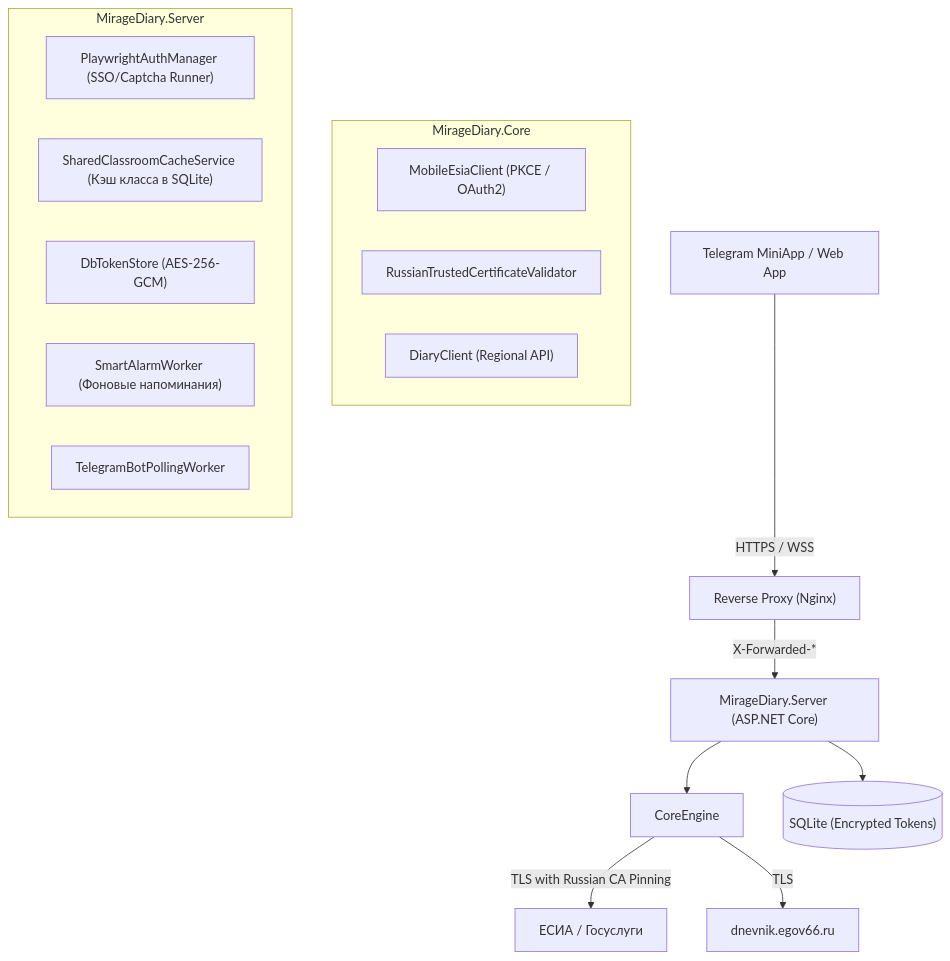
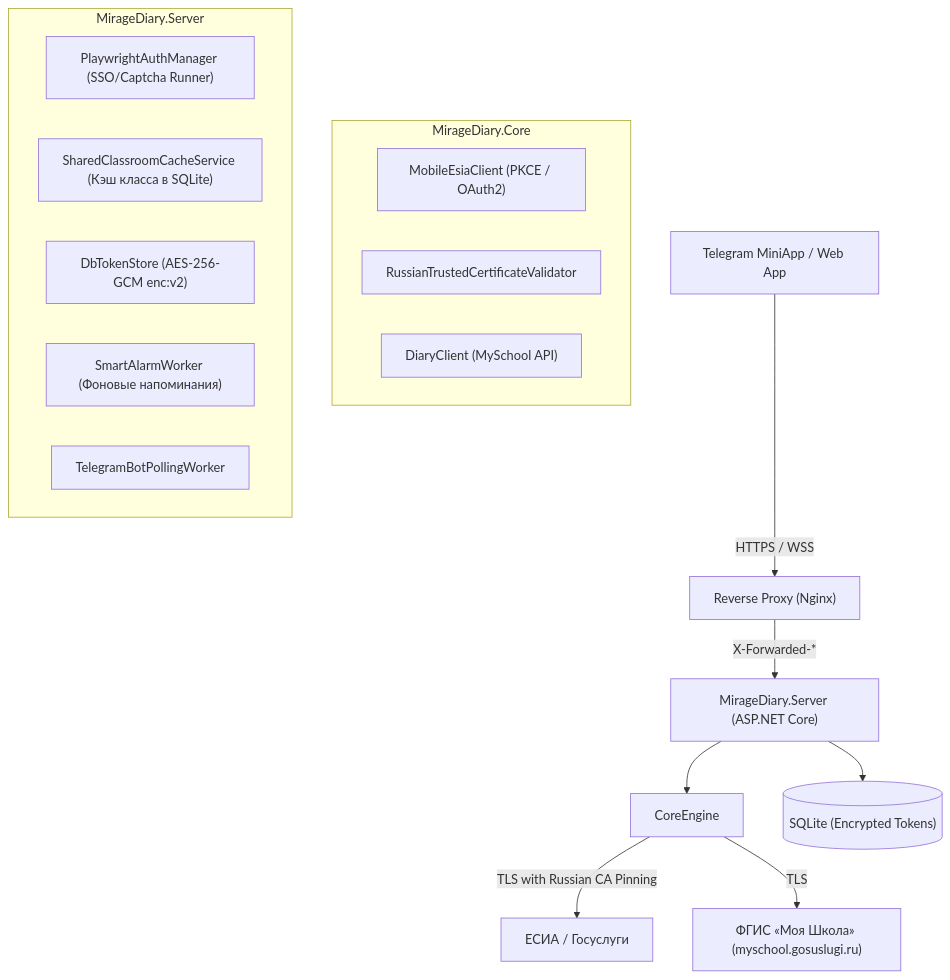
Before and after one commit to Mor4land/DiaryEgov66ru: the diagram in README.md, drawn with Mermaid. The commit also changed other lines of this file and 21 other files, not shown here.

Commit message:
refactor(arch): migrate from legacy egov66 to FGIS MySchool (Gosuslugi) architecture and clean asset bundles

````diff
--- a/README.md
+++ b/README.md
@@ -11,24 +11,24 @@
 ```mermaid
 graph TD
     Client["Telegram MiniApp / Web App"] -->|HTTPS / WSS| Nginx["Reverse Proxy (Nginx)"]
     Nginx -->|X-Forwarded-*| Server["MirageDiary.Server (ASP.NET Core)"]
     
     subgraph Core Engine ["MirageDiary.Core"]
         MobileClient["MobileEsiaClient (PKCE / OAuth2)"]
         CertValidator["RussianTrustedCertificateValidator"]
-        DiaryClient["DiaryClient (Regional API)"]
+        DiaryClient["DiaryClient (MySchool API)"]
     end
     
     subgraph Server Services ["MirageDiary.Server"]
         AuthManager["PlaywrightAuthManager (SSO/Captcha Runner)"]
         SharedCache["SharedClassroomCacheService (Кэш класса в SQLite)"]
-        TokenStore["DbTokenStore (AES-256-GCM)"]
+        TokenStore["DbTokenStore (AES-256-GCM enc:v2)"]
         SmartAlarm["SmartAlarmWorker (Фоновые напоминания)"]
         TelegramBot["TelegramBotPollingWorker"]
     end
     
     Server --> CoreEngine
     Server --> SQLite[("SQLite (Encrypted Tokens)")]
     CoreEngine -->|TLS with Russian CA Pinning| Gosuslugi["ЕСИА / Госуслуги"]
-    CoreEngine -->|TLS| RegionalDiary["dnevnik.egov66.ru"]
+    CoreEngine -->|TLS| MySchoolApi["ФГИС «Моя Школа» (myschool.gosuslugi.ru)"]
 ```
````
